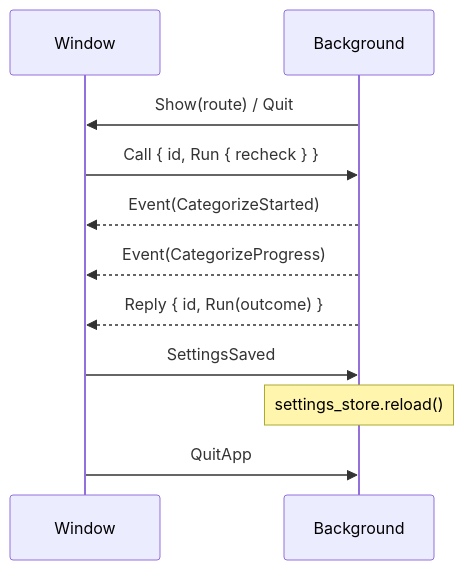
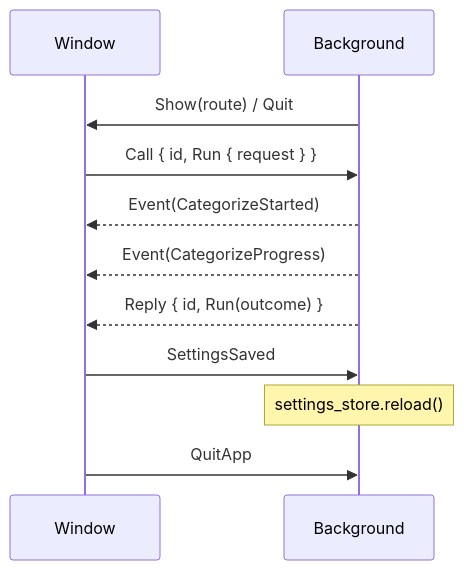
One commit to phucvinh57/makora changed the third of 4 diagrams in docs/architecture/processes.md. Above: the diagram before and after it, drawn with Mermaid. The commit also changed other lines of this file and 15 other files, not shown here.

````diff
--- a/docs/architecture/processes.md
+++ b/docs/architecture/processes.md
@@ -52,13 +52,13 @@
 ```mermaid
 sequenceDiagram
     participant W as Window
     participant B as Background
     B->>W: Show(route) / Quit
-    W->>B: Call { id, Run { recheck } }
+    W->>B: Call { id, Run { request } }
     B-->>W: Event(CategorizeStarted)
     B-->>W: Event(CategorizeProgress)
     B-->>W: Reply { id, Run(outcome) }
     W->>B: SettingsSaved
     Note over B: settings_store.reload()
     W->>B: QuitApp
 ```
````
